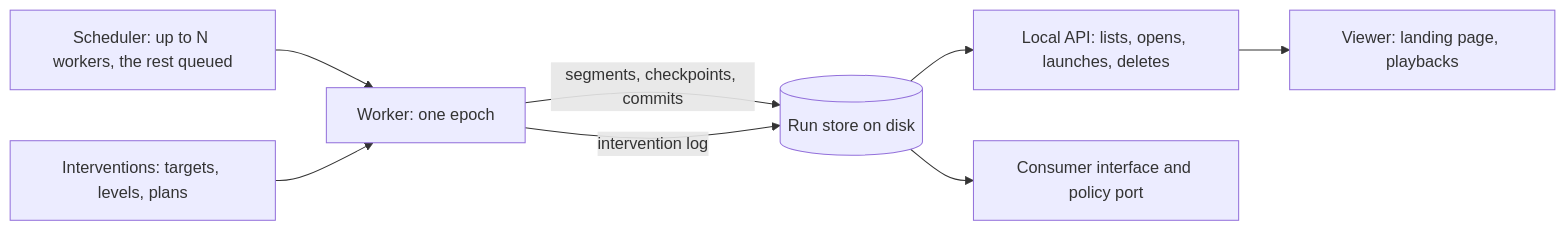
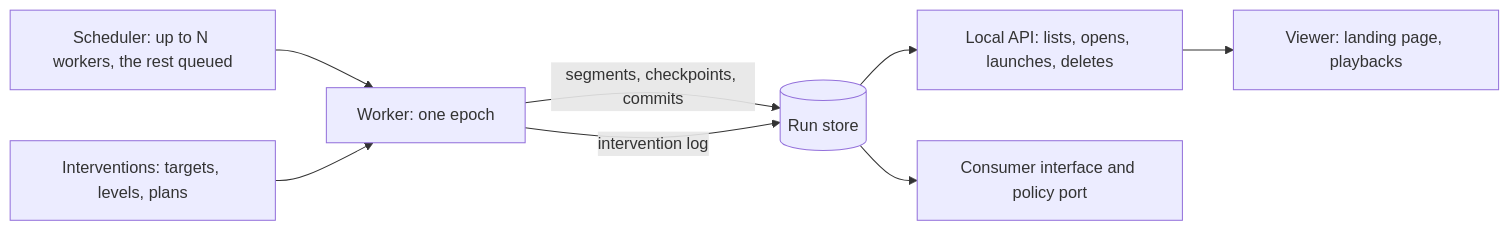
The diagram in docs/roadmap/p17-runs-and-playbacks.md (AndreyBesedin/greenhouse-open), drawn with Mermaid before and after one commit. The commit also changed other lines of this file and 1 other file, not shown here.

First line of the commit message:
docs(decisions): 0065 delivers in order, with a checkpoint contract and a store interface

````diff
--- a/docs/roadmap/p17-runs-and-playbacks.md
+++ b/docs/roadmap/p17-runs-and-playbacks.md
@@ -77,10 +77,10 @@
 ```mermaid
 flowchart LR
     S["Scheduler: up to N workers, the rest queued"] --> W["Worker: one epoch"]
-    W -- "segments, checkpoints, commits" --> St[("Run store on disk")]
+    W -- "segments, checkpoints, commits" --> St[("Run store")]
     St --> A["Local API: lists, opens, launches, deletes"]
     St --> C["Consumer interface and policy port"]
     A --> V["Viewer: landing page, playbacks"]
     I["Interventions: targets, levels, plans"] --> W
     W -- "intervention log" --> St
 ```
````
